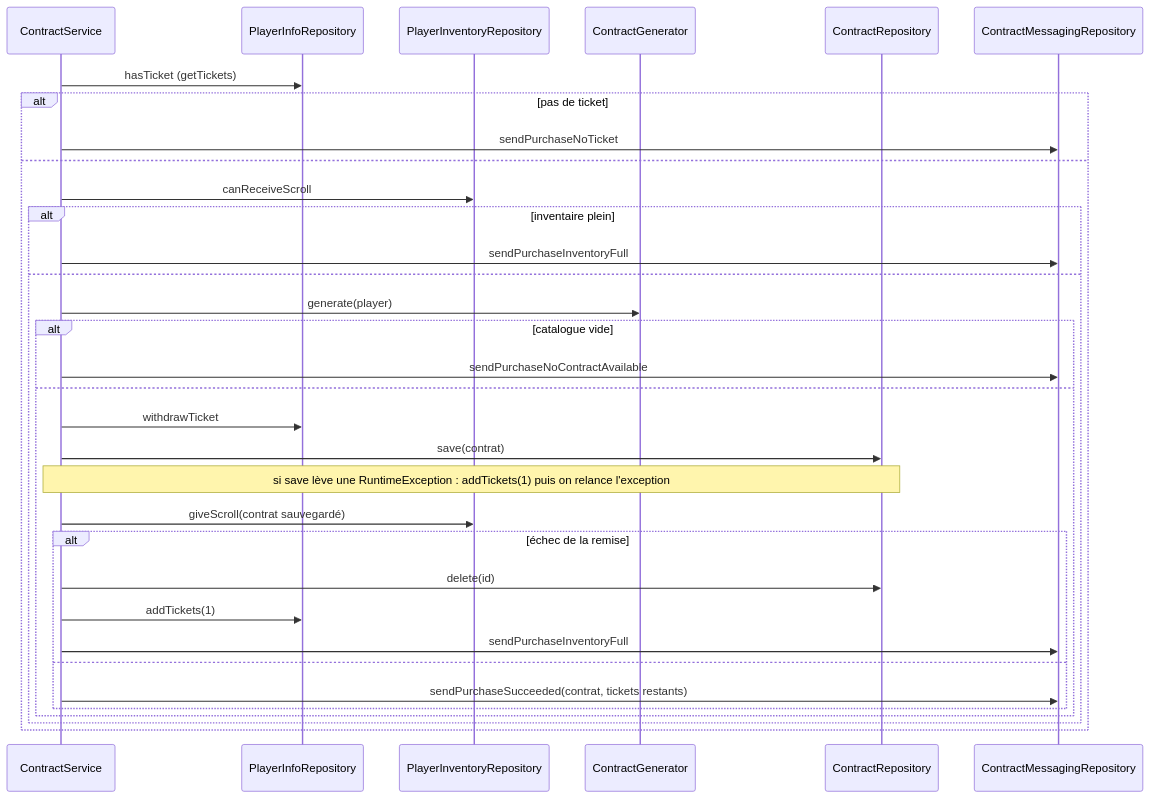
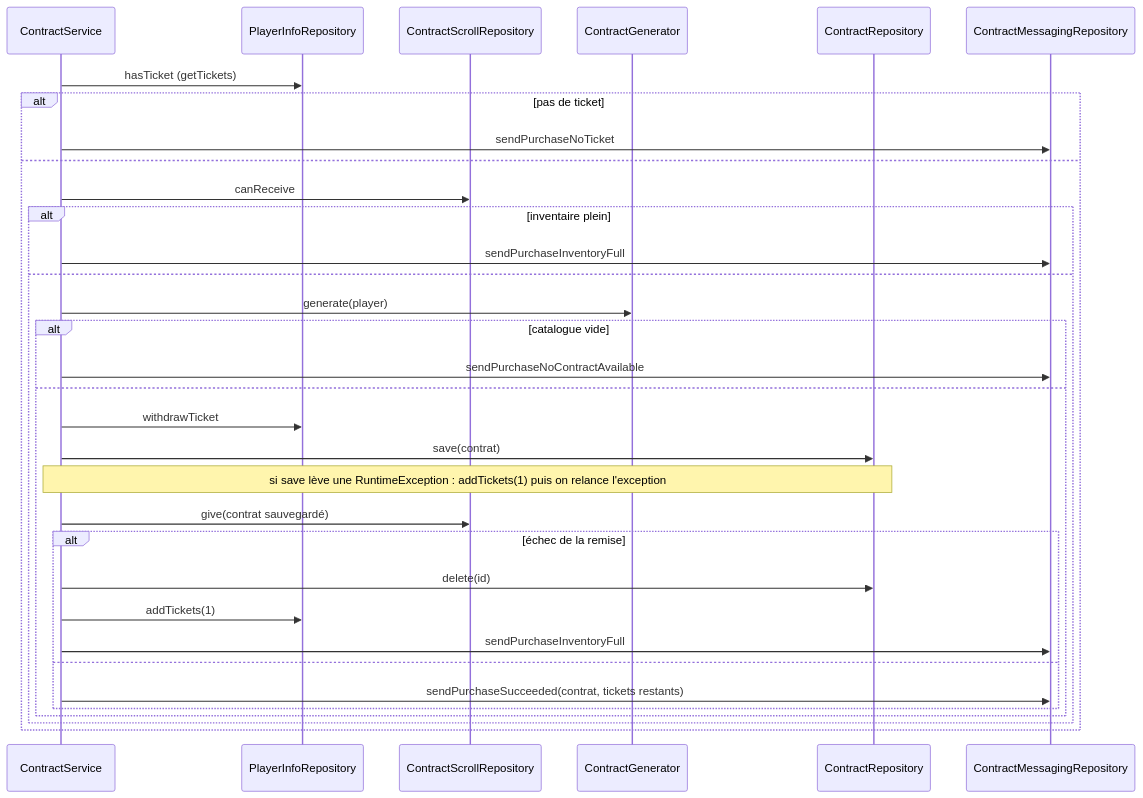
One commit to TesseractFR/TesseractSRP2 changed the second of 3 diagrams in contract-domain/spec/contract-domain-doc.md. Above: the diagram before and after it, drawn with Mermaid. The commit also changed other lines of this file and 25 other files, not shown here.

````diff
--- a/contract-domain/spec/contract-domain-doc.md
+++ b/contract-domain/spec/contract-domain-doc.md
@@ -154,35 +156,35 @@
 ```mermaid
 sequenceDiagram
     participant S as ContractService
     participant P as PlayerInfoRepository
-    participant I as PlayerInventoryRepository
+    participant SC as ContractScrollRepository
     participant G as ContractGenerator
     participant R as ContractRepository
     participant M as ContractMessagingRepository
     S->>P: hasTicket (getTickets)
     alt pas de ticket
         S->>M: sendPurchaseNoTicket
     else
-        S->>I: canReceiveScroll
+        S->>SC: canReceive
         alt inventaire plein
             S->>M: sendPurchaseInventoryFull
         else
             S->>G: generate(player)
             alt catalogue vide
                 S->>M: sendPurchaseNoContractAvailable
             else
                 S->>P: withdrawTicket
                 S->>R: save(contrat)
                 Note over S,R: si save lève une RuntimeException : addTickets(1) puis on relance l'exception
-                S->>I: giveScroll(contrat sauvegardé)
+                S->>SC: give(contrat sauvegardé)
                 alt échec de la remise
                     S->>R: delete(id)
                     S->>P: addTickets(1)
                     S->>M: sendPurchaseInventoryFull
                 else
                     S->>M: sendPurchaseSucceeded(contrat, tickets restants)
                 end
             end
         end
     end
 ```
````
